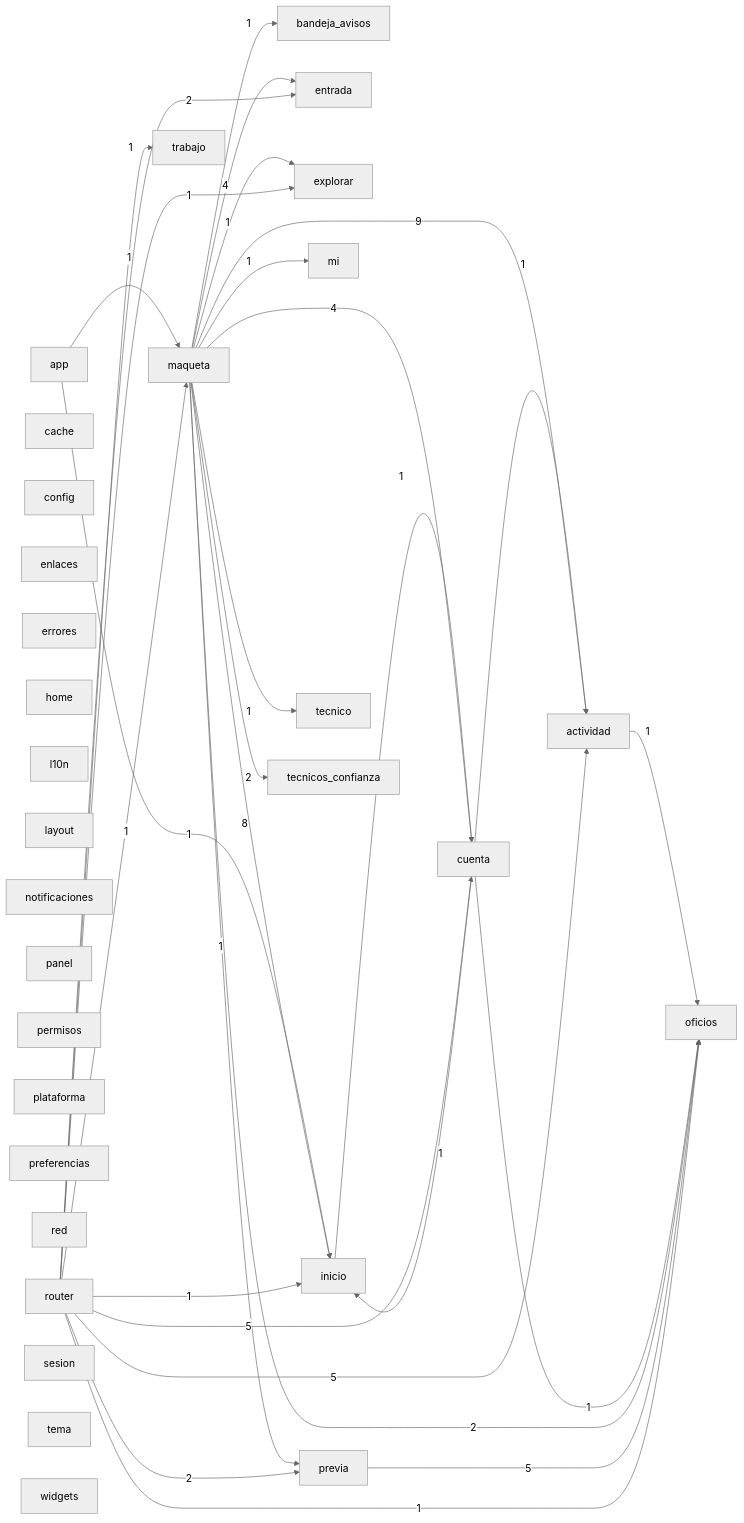
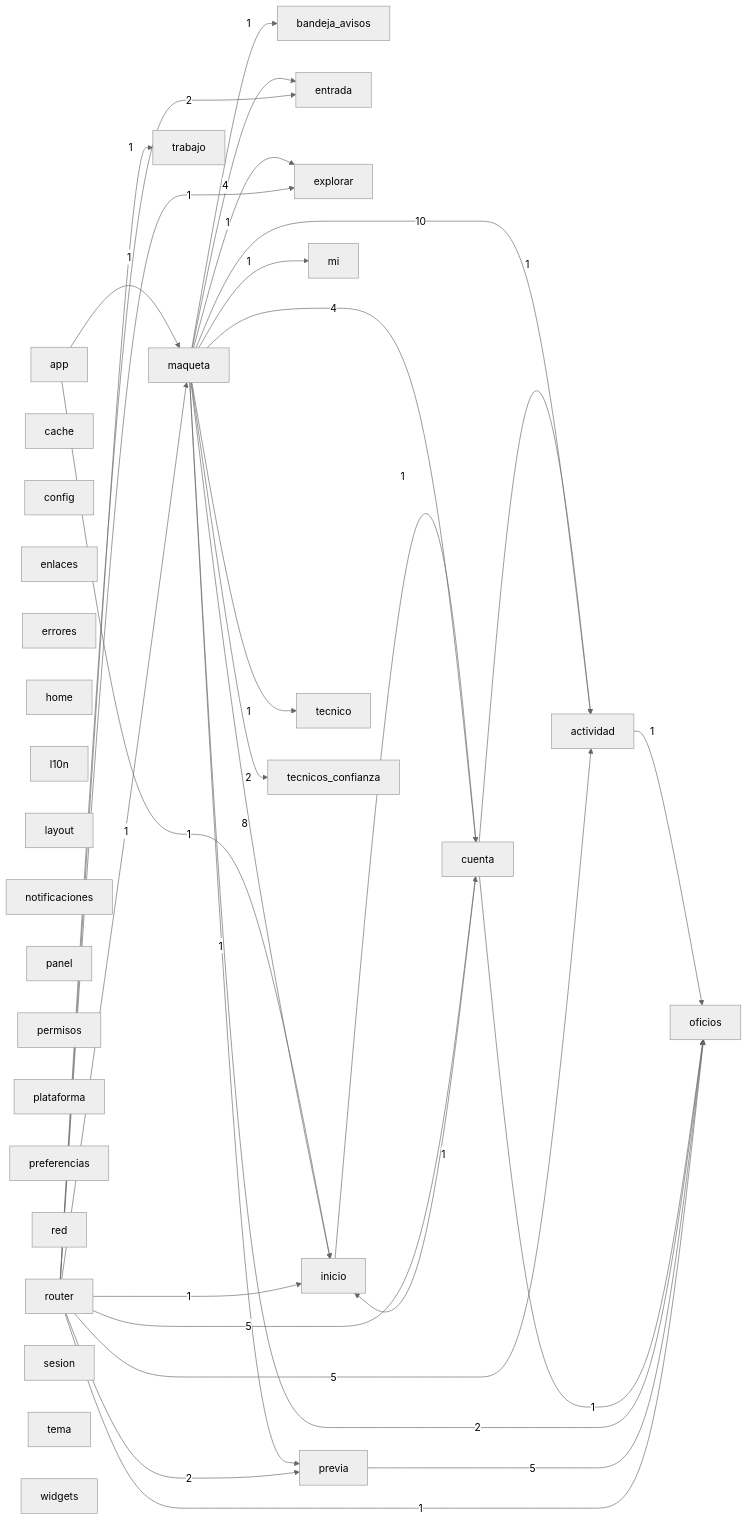
Before and after one commit to Tensei-Devs/knock-frontend: the diagram in docs/architecture/modules.mmd, drawn with Mermaid (neutral theme). The commit also changed 9 other files, not shown here.

```diff
--- a/docs/architecture/modules.mmd
+++ b/docs/architecture/modules.mmd
@@ -1,60 +1,60 @@
 graph LR
   actividad["actividad"]
   app["app"]
   bandeja_avisos["bandeja_avisos"]
   cache["cache"]
   config["config"]
   cuenta["cuenta"]
   enlaces["enlaces"]
   entrada["entrada"]
   errores["errores"]
   explorar["explorar"]
   home["home"]
   inicio["inicio"]
   l10n["l10n"]
   layout["layout"]
   maqueta["maqueta"]
   mi["mi"]
   notificaciones["notificaciones"]
   oficios["oficios"]
   panel["panel"]
   permisos["permisos"]
   plataforma["plataforma"]
   preferencias["preferencias"]
   previa["previa"]
   red["red"]
   router["router"]
   sesion["sesion"]
   tecnico["tecnico"]
   tecnicos_confianza["tecnicos_confianza"]
   tema["tema"]
   trabajo["trabajo"]
   widgets["widgets"]
   actividad -->|1| oficios
   app -->|1| inicio
   app -->|1| maqueta
   cuenta -->|1| actividad
   cuenta -->|1| inicio
   cuenta -->|1| oficios
   inicio -->|1| cuenta
-  maqueta -->|9| actividad
+  maqueta -->|10| actividad
   maqueta -->|1| bandeja_avisos
   maqueta -->|4| cuenta
   maqueta -->|4| entrada
   maqueta -->|1| explorar
   maqueta -->|8| inicio
   maqueta -->|1| mi
   maqueta -->|2| oficios
   maqueta -->|1| previa
   maqueta -->|1| tecnico
   maqueta -->|2| tecnicos_confianza
   previa -->|5| oficios
   router -->|5| actividad
   router -->|5| cuenta
   router -->|2| entrada
   router -->|1| explorar
   router -->|1| inicio
   router -->|1| maqueta
   router -->|1| oficios
   router -->|2| previa
   router -->|1| trabajo
```
